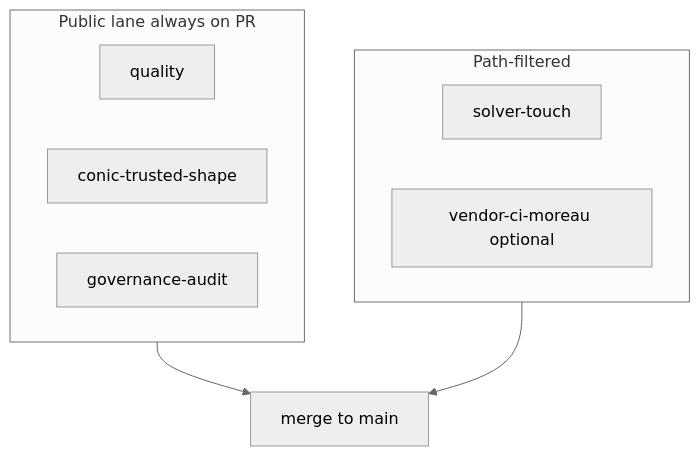
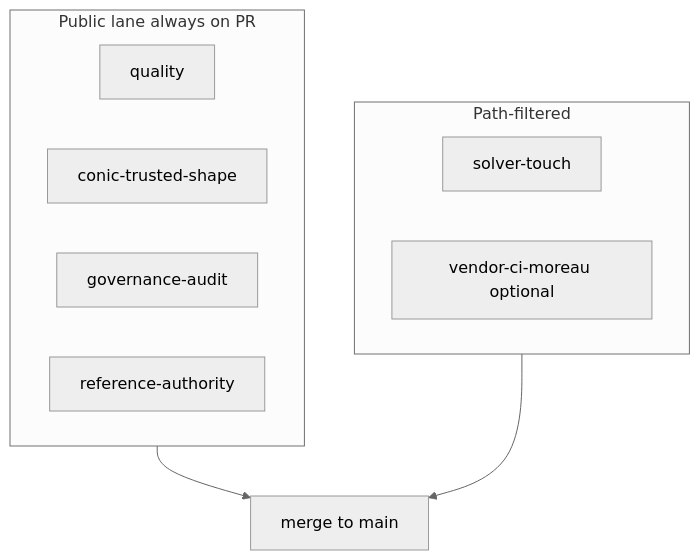
One commit to fraware/conicshield changed the diagram in docs/CI_MERGE_GATES.md. Above: the diagram before and after it, drawn with Mermaid (neutral theme). The commit also changed other lines of this file and 30 other files, not shown here.

````diff
--- a/docs/CI_MERGE_GATES.md
+++ b/docs/CI_MERGE_GATES.md
@@ -36,14 +39,15 @@
 ```mermaid
 flowchart TB
   subgraph publicLane [Public lane always on PR]
     Q[quality]
     CTS[conic-trusted-shape]
     GA[governance-audit]
+    RA[reference-authority]
   end
   subgraph conditionalLane [Path-filtered]
     ST[solver-touch]
     VC[vendor-ci-moreau optional]
   end
   publicLane --> Merge[merge to main]
   conditionalLane --> Merge
 ```
````
